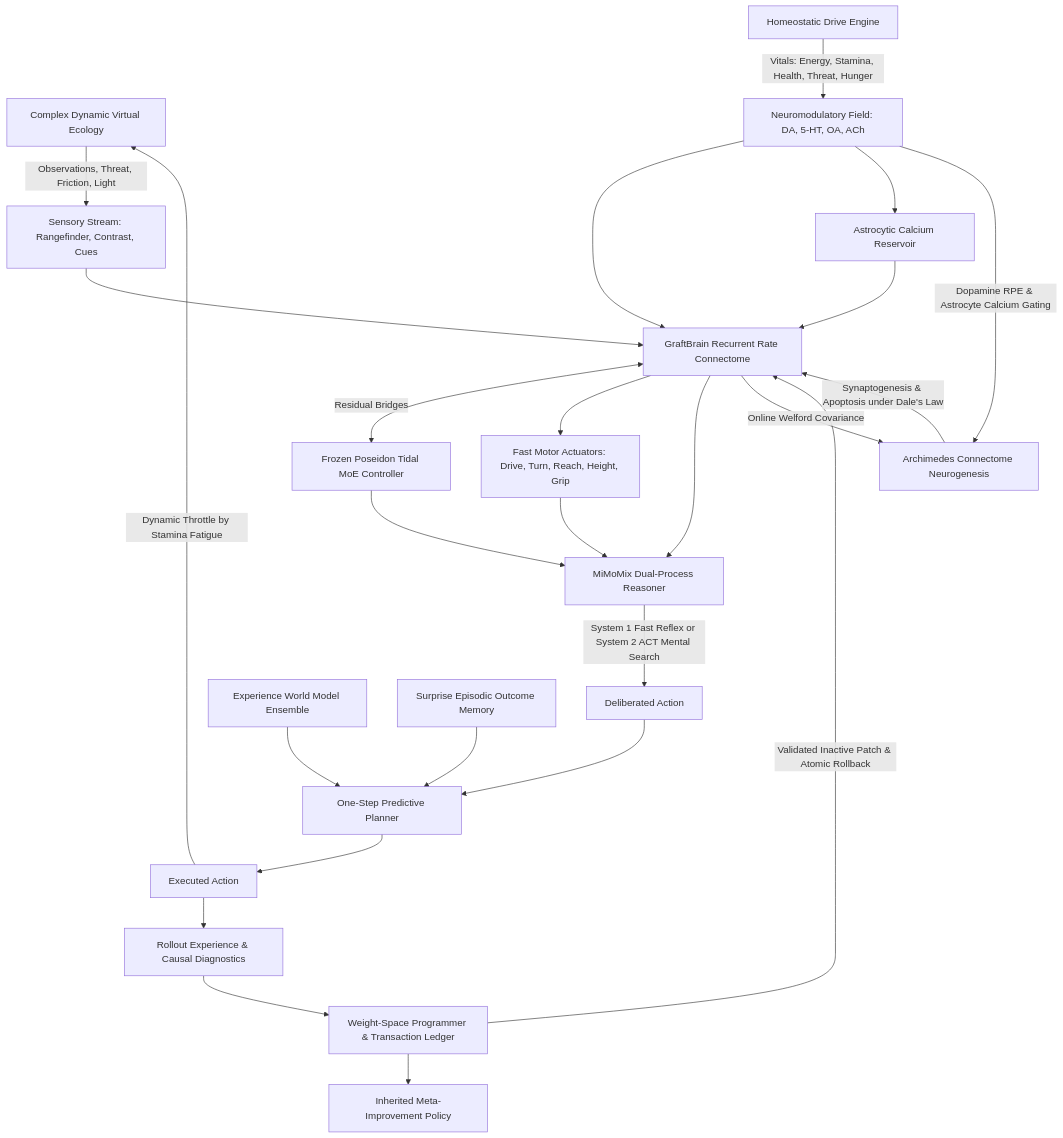
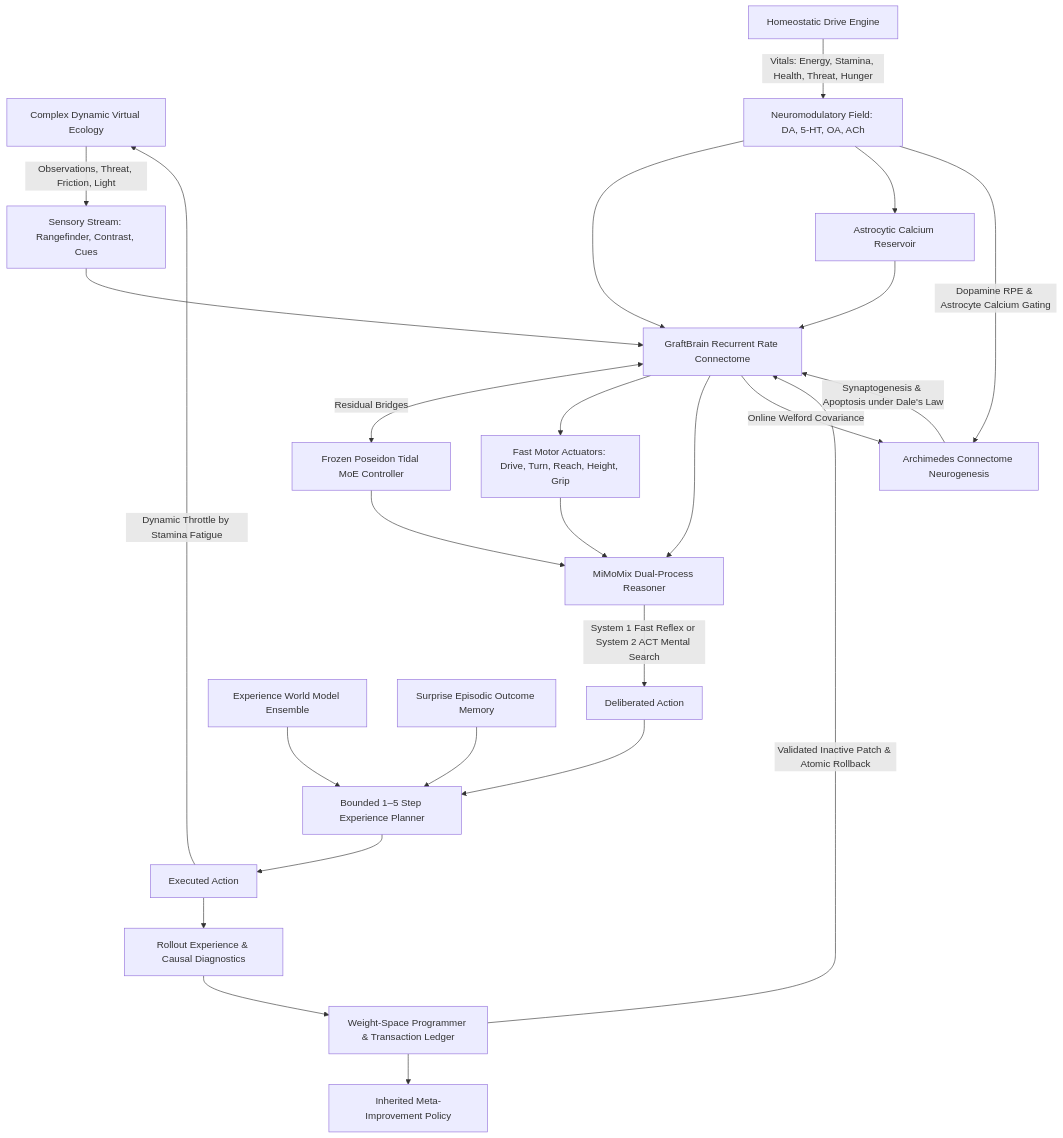
The diagram in README.md (kai9987kai/Sonapse-LAB), drawn with Mermaid before and after one commit. The commit also changed other lines of this file and 40 other files, not shown here.

````diff
--- a/README.md
+++ b/README.md
@@ -26,37 +32,37 @@
 ```mermaid
 flowchart TD
     W[Complex Dynamic Virtual Ecology] -->|Observations, Threat, Friction, Light| S[Sensory Stream: Rangefinder, Contrast, Cues]
     S --> A[GraftBrain Recurrent Rate Connectome]
     A <-->|Residual Bridges| T[Frozen Poseidon Tidal MoE Controller]
     
     %% Astrocytic and Homeostatic Neuromodulation
     H[Homeostatic Drive Engine] -->|Vitals: Energy, Stamina, Health, Threat, Hunger| N[Neuromodulatory Field: DA, 5-HT, OA, ACh]
     N --> A
     N --> G[Astrocytic Calcium Reservoir]
     G --> A
     
     %% Fast Sensorimotor vs Deliberative Cognition
     A --> M[Fast Motor Actuators: Drive, Turn, Reach, Height, Grip]
     M --> R[MiMoMix Dual-Process Reasoner]
     A --> R
     T --> R
     R -->|System 1 Fast Reflex or System 2 ACT Mental Search| D[Deliberated Action]
     
     %% Experience & Outcome Planning
-    E[Experience World Model Ensemble] --> P[One-Step Predictive Planner]
+    E[Experience World Model Ensemble] --> P[Bounded 1–5 Step Experience Planner]
     SM[Surprise Episodic Outcome Memory] --> P
     D --> P
     P --> X[Executed Action]
     X -->|Dynamic Throttle by Stamina Fatigue| W
     
     %% Structural & Weight-Space Plasticity
     A -->|Online Welford Covariance| NG[Archimedes Connectome Neurogenesis]
     N -->|Dopamine RPE & Astrocyte Calcium Gating| NG
     NG -->|Synaptogenesis & Apoptosis under Dale's Law| A
     
     %% Weight Space Programming & RSI
     X --> EXP[Rollout Experience & Causal Diagnostics]
     EXP --> WSP[Weight-Space Programmer & Transaction Ledger]
     WSP -->|Validated Inactive Patch & Atomic Rollback| A
     WSP --> RSI[Inherited Meta-Improvement Policy]
 ```
````
